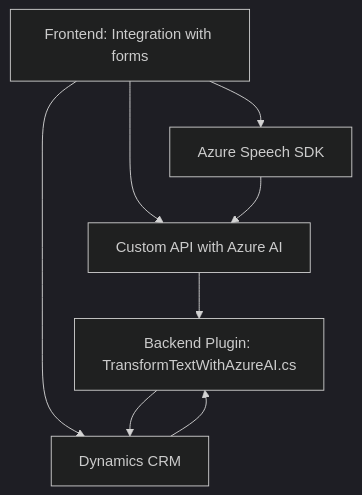
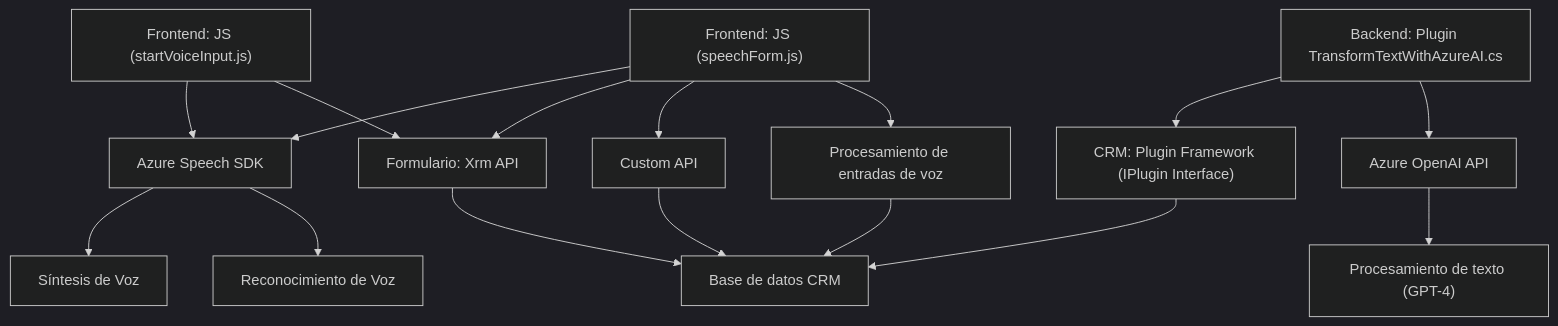
One commit to blopezdm/NETCORE_BILBAO2025 changed the diagram in README.md. Above: the diagram before and after it, drawn with Mermaid (dark theme). The commit also changed other lines of this file, not shown here.

````diff
--- a/README.md
+++ b/README.md
@@ -33,16 +44,21 @@
 ```mermaid
 graph TD
-A["Frontend: Integration with forms"]
-B["Azure Speech SDK"]
-C["Custom API with Azure AI"]
-D["Backend Plugin: TransformTextWithAzureAI.cs"]
-E["Dynamics CRM"]
+    A["Frontend: JS (startVoiceInput.js)"] --> B["Azure Speech SDK"]
+    A --> C["Formulario: Xrm API"]
+    B --> D["Síntesis de Voz"]
+    B --> E["Reconocimiento de Voz"] 
+    
+    F["Frontend: JS (speechForm.js)"] --> B
+    F --> C["Formulario: Xrm API"]
+    F --> G["Custom API"]
+    F --> H["Procesamiento de entradas de voz"]
+    
+    I["Backend: Plugin TransformTextWithAzureAI.cs"] --> J["CRM: Plugin Framework (IPlugin Interface)"]
+    I --> K["Azure OpenAI API"]
+    K --> L["Procesamiento de texto (GPT-4)"]
+    J --> M["Base de datos CRM"]
 
-A --> B
-A --> C
-A --> E
-B --> C
-C --> D
-D --> E
-E --> D
+    C --> M
+    G --> M
+    H --> M
 ```
````
